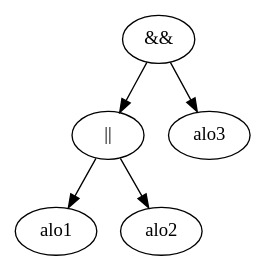
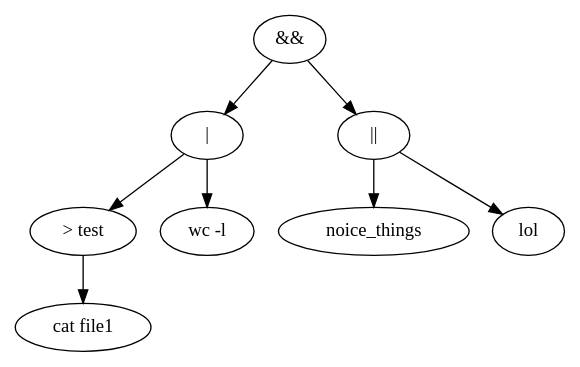
Before and after one commit to YeGoRenji/minishell-1337: the diagram in tree.dot, drawn with Graphviz. The commit also changed 6 other files, not shown here.

```diff
--- a/tree.dot
+++ b/tree.dot
@@ -1,11 +1,17 @@
 digraph yep {
 n0[label="&&"] ;
 n0 -> n1 ;
 n0 -> n2 ;
-n1[label="||"] ;
+n1[label="|"] ;
 n1 -> n11 ;
 n1 -> n12 ;
-n11[label="alo1"] ;
-n12[label="alo2"] ;
-n2[label="alo3"] ;
+n11[label="> test"] ;
+n11 -> n111 ;
+n111[label="cat file1 "] ;
+n12[label="wc -l "] ;
+n2[label="||"] ;
+n2 -> n21 ;
+n2 -> n22 ;
+n21[label="noice_things "] ;
+n22[label="lol "] ;
 }
```
